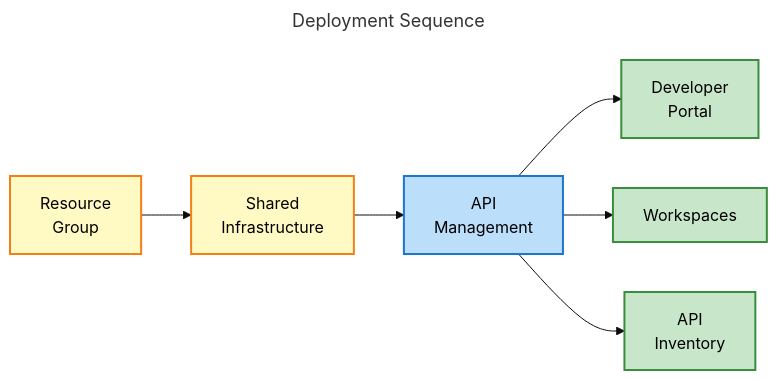
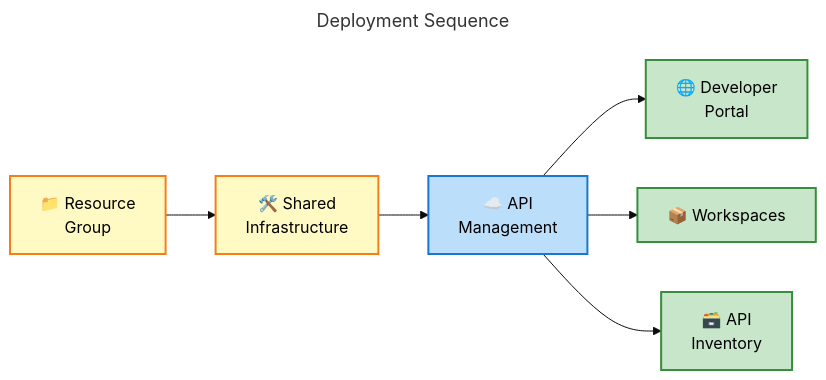
The seventh of 7 diagrams in docs/architecture/Business_Architecture_Document.md (Evilazaro/APIM-Accelerator), drawn with Mermaid before and after one commit. The commit also changed other lines of this file, not shown here.

Commit message:
Enhance Business Architecture Document with improved visual elements and semantic color coding for better clarity and understanding of architecture layers and deployment phases

````diff
--- a/docs/architecture/Business_Architecture_Document.md
+++ b/docs/architecture/Business_Architecture_Document.md
@@ -638,27 +649,36 @@
 ```mermaid
 ---
 title: Deployment Sequence
 config:
   theme: base
 ---
 flowchart LR
     accTitle: Resource Deployment Sequence
     accDescr: Shows the required deployment order with dependencies
 
+    %% ============================================
+    %% COLOR SCHEME DOCUMENTATION
+    %% ============================================
+    %% SEMANTIC COLORS by deployment phase:
+    %%   Prerequisites: Yellow (#FFF9C4) - Setup requirements
+    %%   Core: Blue (#BBDEFB) - Primary services
+    %%   Dependent: Green (#C8E6C9) - Dependent services
+    %% ============================================
+
     classDef prereq fill:#FFF9C4,stroke:#F57F17,stroke-width:2px,color:#000
     classDef core fill:#BBDEFB,stroke:#1976D2,stroke-width:2px,color:#000
     classDef dependent fill:#C8E6C9,stroke:#388E3C,stroke-width:2px,color:#000
 
-    rg["Resource<br/>Group"]:::prereq
-    shared["Shared<br/>Infrastructure"]:::prereq
-    apim["API<br/>Management"]:::core
-    portal["Developer<br/>Portal"]:::dependent
-    ws["Workspaces"]:::dependent
-    inventory["API<br/>Inventory"]:::dependent
+    rg["📁 Resource<br/>Group"]:::prereq
+    shared["🛠️ Shared<br/>Infrastructure"]:::prereq
+    apim["☁️ API<br/>Management"]:::core
+    portal["🌐 Developer<br/>Portal"]:::dependent
+    ws["📦 Workspaces"]:::dependent
+    inventory["🗃️ API<br/>Inventory"]:::dependent
 
     rg --> shared
     shared --> apim
     apim --> portal
     apim --> ws
     apim --> inventory
 ```
````
